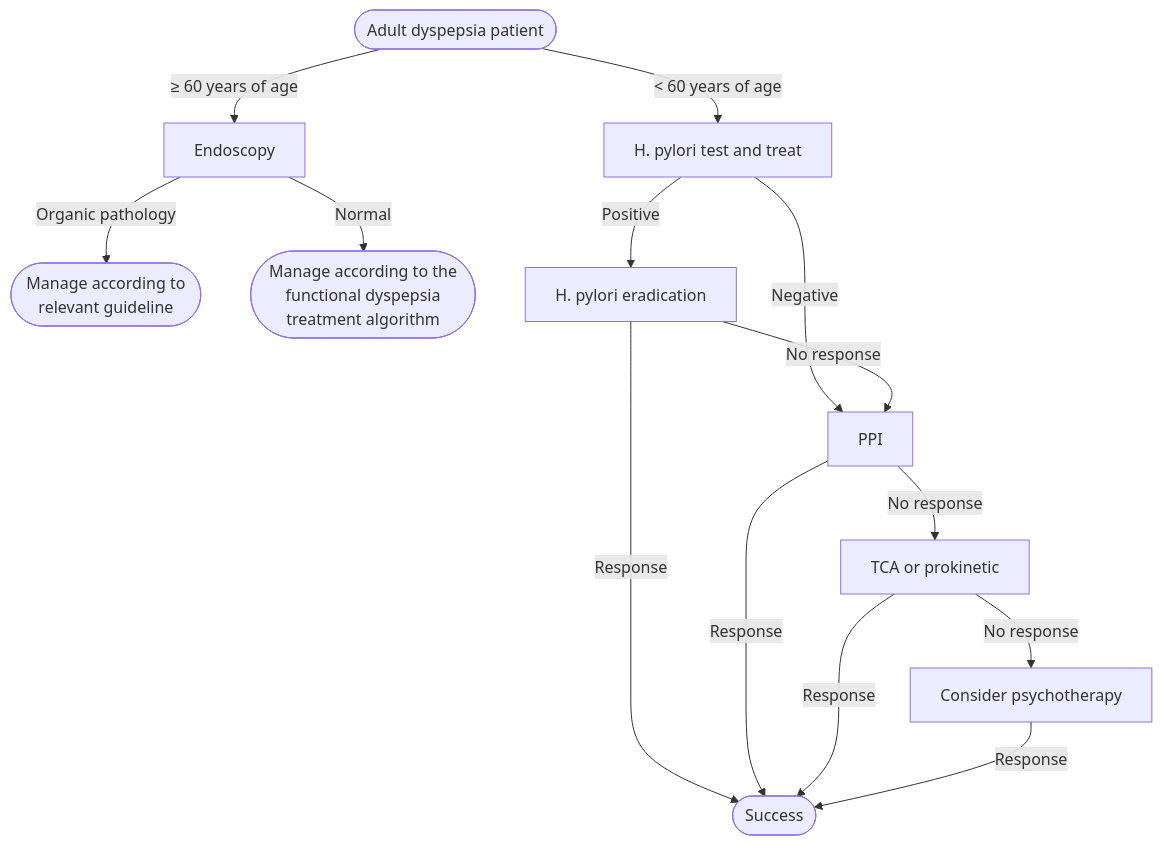
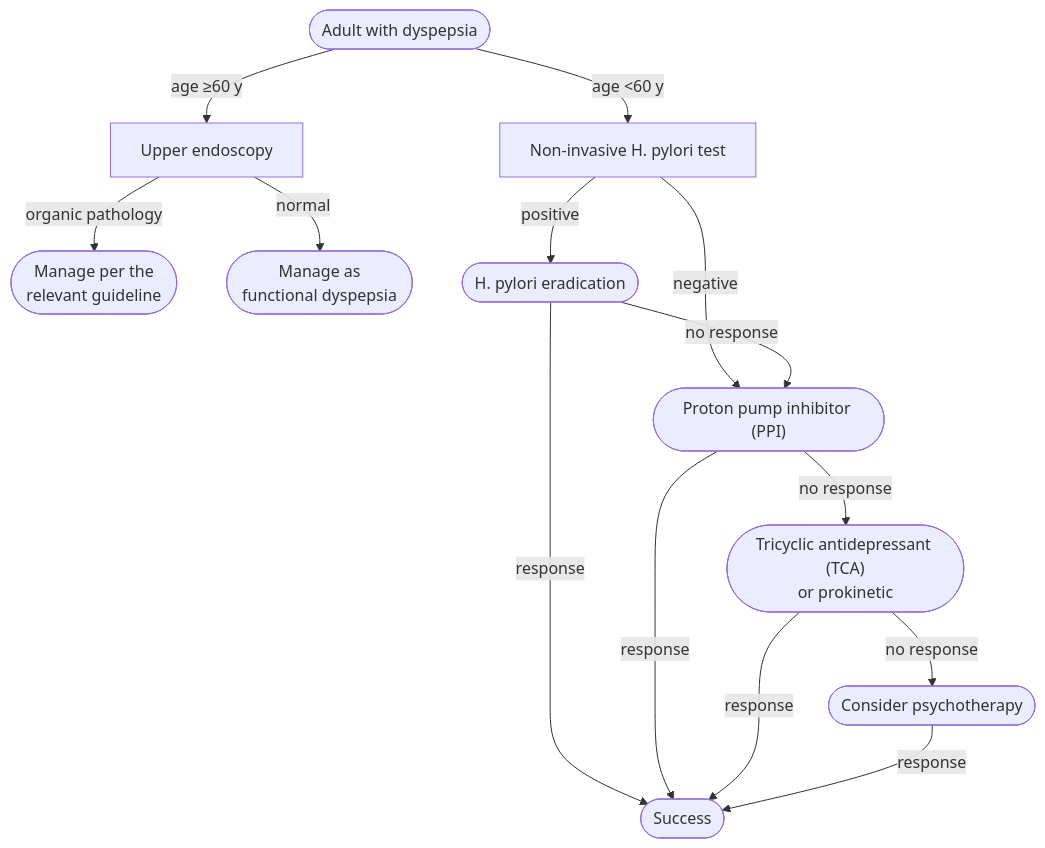
The first of 2 diagrams in KHNL-GI-Wiki/wiki/2-diagnostic-schemas/dyspepsia.md (KHNickLeMD/KHNL-GI-Wiki), drawn with Mermaid before and after one commit. The commit also changed other lines of this file and 9 other files, not shown here.

````diff
--- a/KHNL-GI-Wiki/wiki/2-diagnostic-schemas/dyspepsia.md
+++ b/KHNL-GI-Wiki/wiki/2-diagnostic-schemas/dyspepsia.md
@@ -53,19 +62,20 @@
 ```mermaid
 flowchart TD
-    A(["Adult dyspepsia patient"]) -- "≥ 60 years of age" --> B["Endoscopy"]
-    B -- "Organic pathology" --> O(["Manage according to<br/>relevant guideline"])
-    B -- "Normal" --> FD(["Manage according to the<br/>functional dyspepsia<br/>treatment algorithm"])
-    A -- "< 60 years of age" --> C["H. pylori test and treat"]
-    C -- "Positive" --> D["H. pylori eradication"]
-    C -- "Negative" --> E["PPI"]
-    D -- "No response" --> E
-    E -- "No response" --> F["TCA or prokinetic"]
-    F -- "No response" --> G["Consider psychotherapy"]
-    D -- "Response" --> S(["Success"])
-    E -- "Response" --> S
-    F -- "Response" --> S
-    G -- "Response" --> S
+    A(["Adult with dyspepsia"]) -- "age ≥60 y" --> B["Upper endoscopy"]
+    A -- "age <60 y" --> C["Non-invasive H. pylori test"]
+    B -- "organic pathology" --> O(["Manage per the<br/>relevant guideline"])
+    B -- "normal" --> FD(["Manage as<br/>functional dyspepsia"])
+    C -- "positive" --> D(["H. pylori eradication"])
+    C -- "negative" --> E(["Proton pump inhibitor (PPI)"])
+    D -- "no response" --> E
+    E -- "no response" --> F(["Tricyclic antidepressant (TCA)<br/>or prokinetic"])
+    F -- "no response" --> G(["Consider psychotherapy"])
+    D -- "response" --> S(["Success"])
+    E -- "response" --> S
+    F -- "response" --> S
+    G -- "response" --> S
     class A start
-    class B,C,D,E,F,G test
-    class O,FD,S act
+    class B,C test
+    class D,E,F,G,O,FD act
+    class S stop
 ```
````
